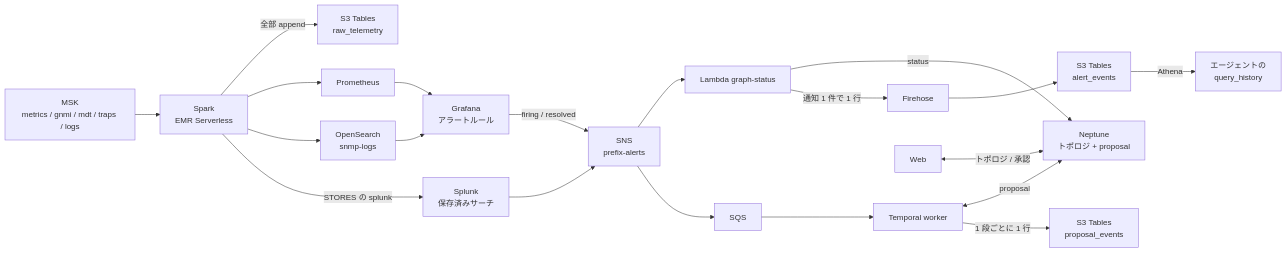
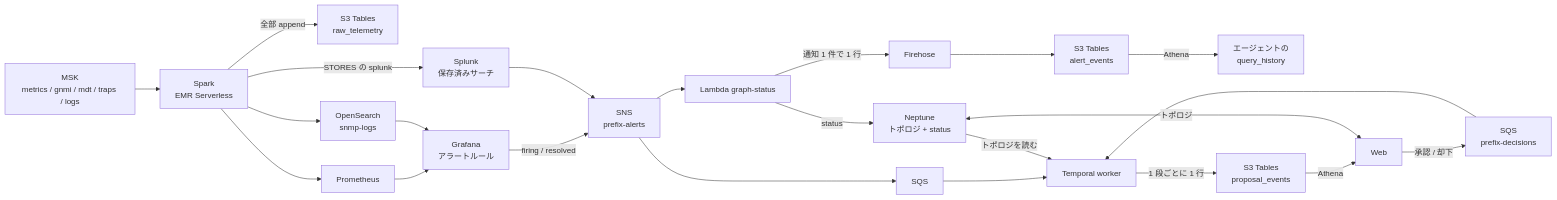
One commit to eddie-eights/nwc-poc changed the first of 2 diagrams in docs/data-stores.md. Above: the diagram before and after it, drawn with Mermaid. The commit also changed other lines of this file and 24 other files, not shown here.

````diff
--- a/docs/data-stores.md
+++ b/docs/data-stores.md
@@ -28,17 +28,19 @@
 ```mermaid
 flowchart LR
   MSK["MSK<br/>metrics / gnmi / mdt / traps / logs"] --> SPARK["Spark<br/>EMR Serverless"]
   SPARK -->|"全部 append"| ICE["S3 Tables<br/>raw_telemetry"]
   SPARK --> PROM["Prometheus"] --> GRAF["Grafana<br/>アラートルール"]
   SPARK --> OS["OpenSearch<br/>snmp-logs"] --> GRAF
   SPARK -->|"STORES の splunk"| SPL["Splunk<br/>保存済みサーチ"]
   GRAF -->|"firing / resolved"| SNS["SNS<br/>prefix-alerts"]
   SPL --> SNS
-  SNS --> GL["Lambda graph-status"] -->|"status"| NEP["Neptune<br/>トポロジ + proposal"]
+  SNS --> GL["Lambda graph-status"] -->|"status"| NEP["Neptune<br/>トポロジ + status"]
   GL -->|"通知 1 件で 1 行"| FH["Firehose"] --> AEV["S3 Tables<br/>alert_events"]
   AEV -->|"Athena"| QH["エージェントの<br/>query_history"]
   SNS --> SQS["SQS"] --> WK["Temporal worker"]
-  WK <-->|"proposal"| NEP
+  NEP -->|"トポロジを読む"| WK
   WK -->|"1 段ごとに 1 行"| PEV["S3 Tables<br/>proposal_events"]
-  WEB["Web"] <-->|"トポロジ / 承認"| NEP
+  WEB["Web"] <-->|"トポロジ"| NEP
+  PEV -->|"Athena"| WEB
+  WEB -->|"承認 / 却下"| DQ["SQS<br/>prefix-decisions"] --> WK
 ```
````
